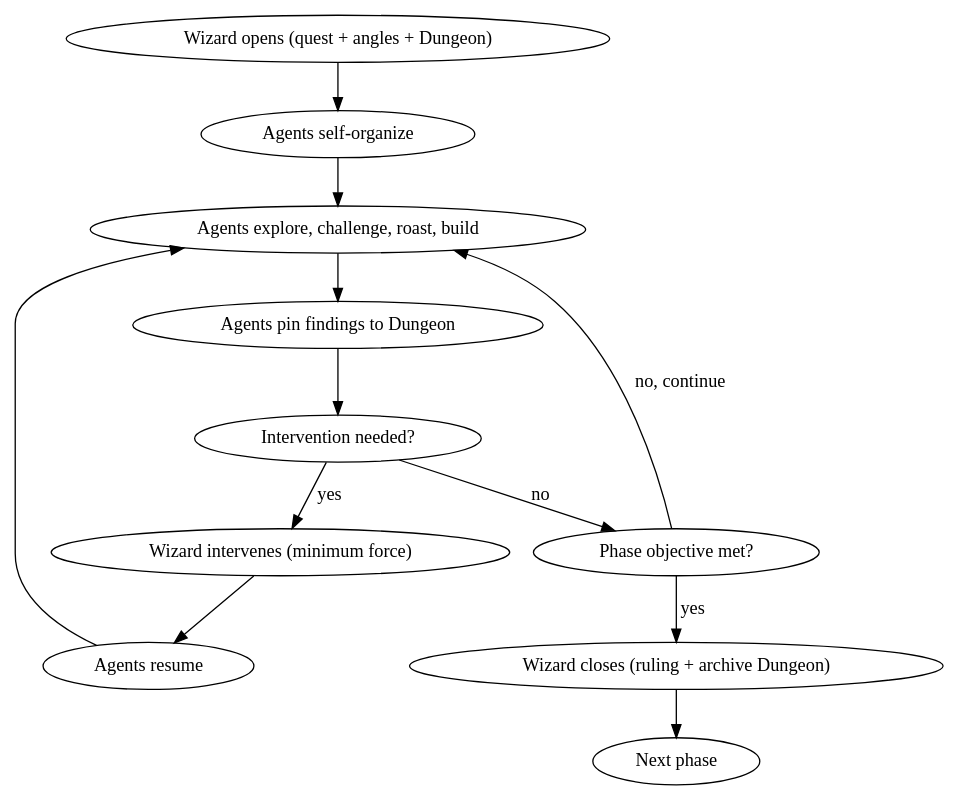
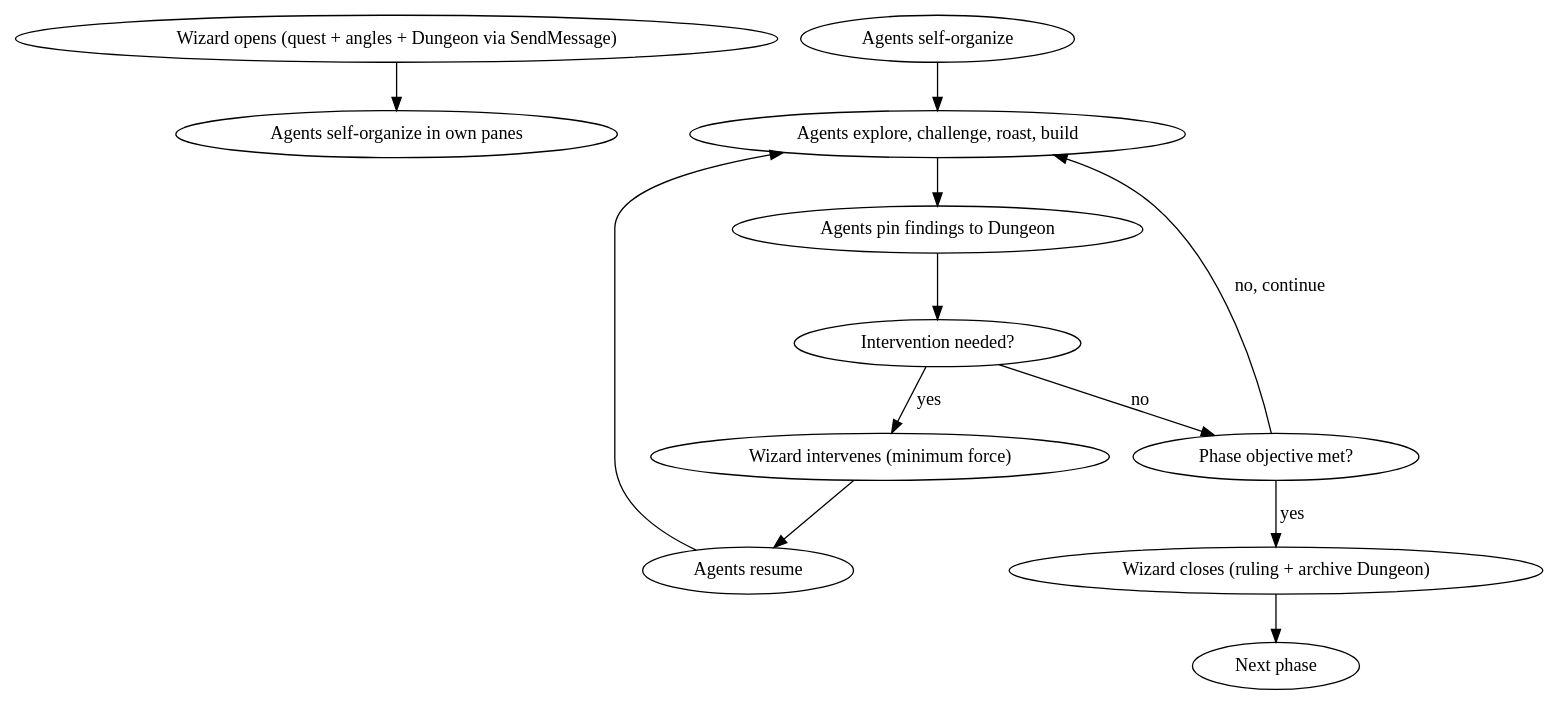
The second of 2 diagrams in template/.claude/skills/raid-protocol/SKILL.md (pedropicardi/claude-raid), drawn with Graphviz before and after one commit. The commit also changed other lines of this file, not shown here.

````diff
--- a/template/.claude/skills/raid-protocol/SKILL.md
+++ b/template/.claude/skills/raid-protocol/SKILL.md
@@ -178,15 +200,15 @@
 ```dot
 digraph phase_pattern {
-  "Wizard opens (quest + angles + Dungeon)" -> "Agents self-organize";
+  "Wizard opens (quest + angles + Dungeon via SendMessage)" -> "Agents self-organize in own panes";
   "Agents self-organize" -> "Agents explore, challenge, roast, build";
   "Agents explore, challenge, roast, build" -> "Agents pin findings to Dungeon";
   "Agents pin findings to Dungeon" -> "Intervention needed?" [shape=diamond];
   "Intervention needed?" -> "Wizard intervenes (minimum force)" [label="yes"];
   "Wizard intervenes (minimum force)" -> "Agents resume";
   "Agents resume" -> "Agents explore, challenge, roast, build";
   "Intervention needed?" -> "Phase objective met?" [label="no"];
   "Phase objective met?" -> "Agents explore, challenge, roast, build" [label="no, continue"];
   "Phase objective met?" -> "Wizard closes (ruling + archive Dungeon)" [label="yes"];
   "Wizard closes (ruling + archive Dungeon)" -> "Next phase" [shape=doublecircle];
 }
 ```
````
